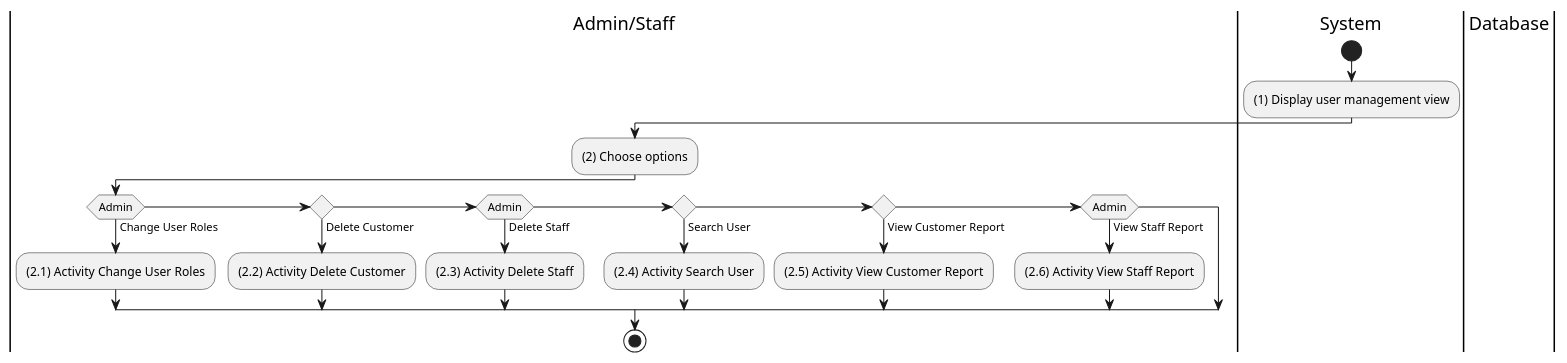
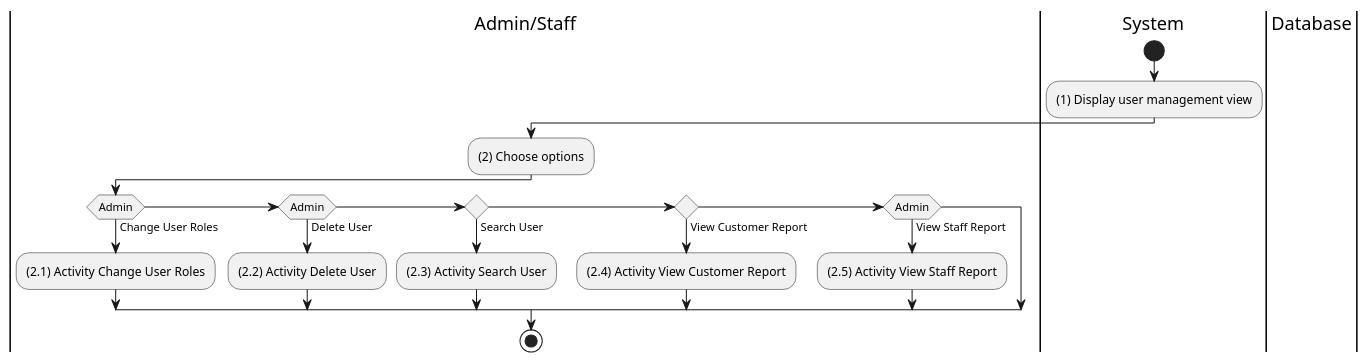
One commit to electricilies/electricilies.github.io changed the diagram in docs/docs/activity/manage-user/manage-user.md. Above: the diagram before and after it, drawn with PlantUML. The commit also changed 9 other files, not shown here.

Commit message:
refactor: merge delete-staff delete-customer into delete-user, and some changes

````diff
--- a/docs/docs/activity/manage-user/manage-user.md
+++ b/docs/docs/activity/manage-user/manage-user.md
@@ -3,30 +3,28 @@
 ```plantuml
 @startuml
 |AS|Admin/Staff
 |S|System
 |D|Database
 
 |S|
 start
 :(1) Display user management view;
 
 |AS|
 :(2) Choose options;
 if (Admin) then (Change User Roles)
   :(2.1) Activity Change User Roles;
-elseif () then (Delete Customer)
-  :(2.2) Activity Delete Customer;
-elseif (Admin) then (Delete Staff)
-  :(2.3) Activity Delete Staff;
+elseif (Admin) then (Delete User)
+  :(2.2) Activity Delete User;
 elseif () then (Search User)
-  :(2.4) Activity Search User;
+  :(2.3) Activity Search User;
 elseif () then (View Customer Report)
-  :(2.5) Activity View Customer Report;
+  :(2.4) Activity View Customer Report;
 elseif (Admin) then (View Staff Report)
-  :(2.6) Activity View Staff Report;
+  :(2.5) Activity View Staff Report;
 endif
 
 stop
 @enduml
 @enduml
 ```
````
